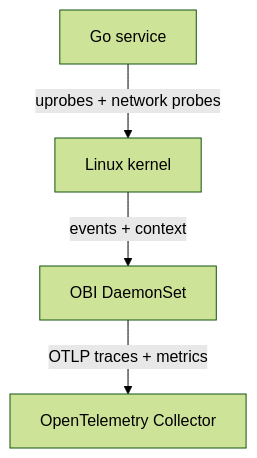
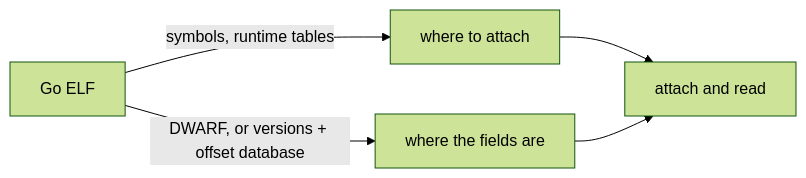
Before and after one commit to kakkoyun/golab-26: the fifth of 15 diagrams in talks/without-a-single-line/slides/presentation.md, drawn with Mermaid (forest theme). The commit also changed other lines of this file and 4 other files, not shown here.

````diff
--- a/talks/without-a-single-line/slides/presentation.md
+++ b/talks/without-a-single-line/slides/presentation.md
@@ -249,6 +364,7 @@
 ```mermaid
-flowchart TD
-    A[Go service] -->|uprobes + network probes| B[Linux kernel]
-    B -->|events + context| C[OBI DaemonSet]
-    C -->|OTLP traces + metrics| D[OpenTelemetry Collector]
+flowchart LR
+    A[Go ELF] -->|symbols, runtime tables| B[where to attach]
+    A -->|DWARF, or versions + offset database| C[where the fields are]
+    B --> D[attach and read]
+    C --> D
 ```
````
